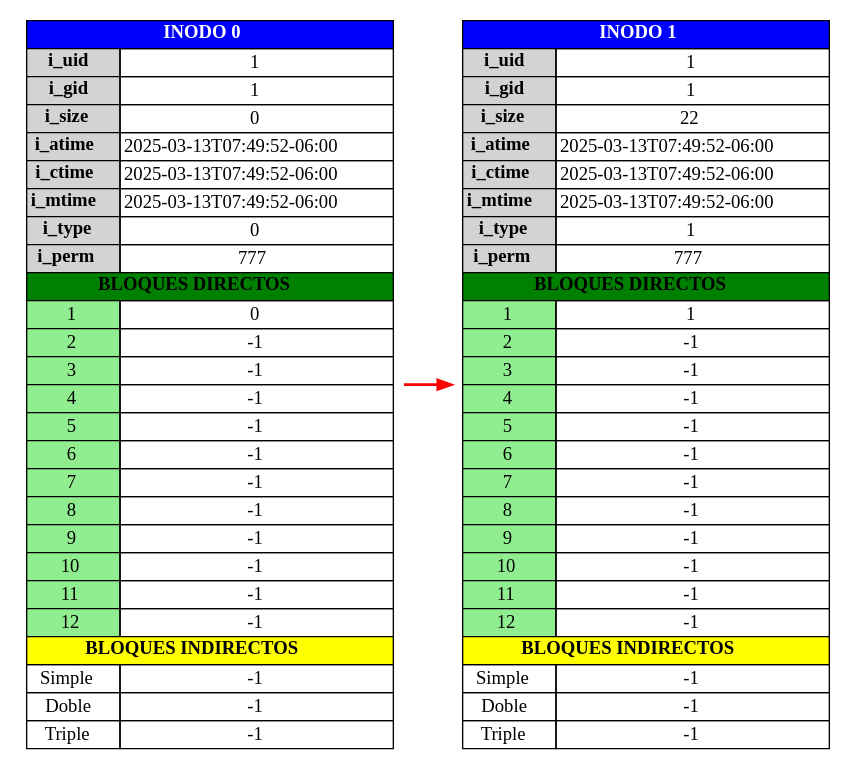
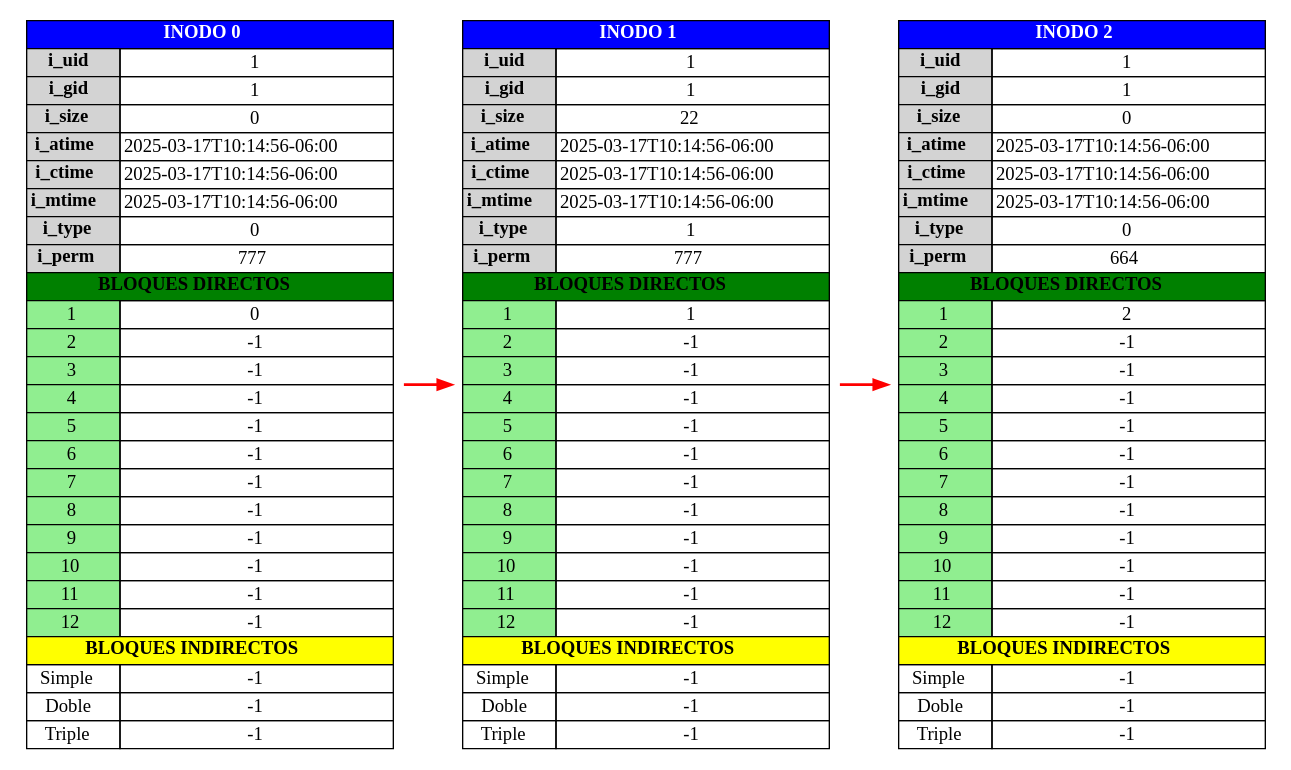
One commit to AbdielOtzoy/MIA_1S2025_P1_202300350 changed the diagram in backend/output/report_inode.dot. Above: the diagram before and after it, drawn with Graphviz. The commit also changed 22 other files, not shown here.

```diff
--- a/backend/output/report_inode.dot
+++ b/backend/output/report_inode.dot
@@ -1,41 +1,60 @@
 digraph G {
         rankdir=LR; // Alineación horizontal
         node [shape=plaintext]
     inode0 [label=<
             <table border="0" cellborder="1" cellspacing="0">
                 <tr><td colspan="2" bgcolor="blue"><font color="white"><b>INODO 0</b></font></td></tr>
                 <tr><td bgcolor="lightgray"><b>i_uid</b></td><td>1</td></tr>
                 <tr><td bgcolor="lightgray"><b>i_gid</b></td><td>1</td></tr>
                 <tr><td bgcolor="lightgray"><b>i_size</b></td><td>0</td></tr>
-                <tr><td bgcolor="lightgray"><b>i_atime</b></td><td>2025-03-13T07:49:52-06:00</td></tr>
-                <tr><td bgcolor="lightgray"><b>i_ctime</b></td><td>2025-03-13T07:49:52-06:00</td></tr>
-                <tr><td bgcolor="lightgray"><b>i_mtime</b></td><td>2025-03-13T07:49:52-06:00</td></tr>
+                <tr><td bgcolor="lightgray"><b>i_atime</b></td><td>2025-03-17T10:14:56-06:00</td></tr>
+                <tr><td bgcolor="lightgray"><b>i_ctime</b></td><td>2025-03-17T10:14:56-06:00</td></tr>
+                <tr><td bgcolor="lightgray"><b>i_mtime</b></td><td>2025-03-17T10:14:56-06:00</td></tr>
                 <tr><td bgcolor="lightgray"><b>i_type</b></td><td>0</td></tr>
                 <tr><td bgcolor="lightgray"><b>i_perm</b></td><td>777</td></tr>
                 <tr><td colspan="2" bgcolor="green"><b>BLOQUES DIRECTOS</b></td></tr>
             <tr><td bgcolor='lightgreen'>1</td><td>0</td></tr><tr><td bgcolor='lightgreen'>2</td><td>-1</td></tr><tr><td bgcolor='lightgreen'>3</td><td>-1</td></tr><tr><td bgcolor='lightgreen'>4</td><td>-1</td></tr><tr><td bgcolor='lightgreen'>5</td><td>-1</td></tr><tr><td bgcolor='lightgreen'>6</td><td>-1</td></tr><tr><td bgcolor='lightgreen'>7</td><td>-1</td></tr><tr><td bgcolor='lightgreen'>8</td><td>-1</td></tr><tr><td bgcolor='lightgreen'>9</td><td>-1</td></tr><tr><td bgcolor='lightgreen'>10</td><td>-1</td></tr><tr><td bgcolor='lightgreen'>11</td><td>-1</td></tr><tr><td bgcolor='lightgreen'>12</td><td>-1</td></tr>
                 <tr><td colspan="2" bgcolor="yellow"><b>BLOQUES INDIRECTOS</b></td></tr>
                 <tr><td>Simple</td><td>-1</td></tr>
                 <tr><td>Doble</td><td>-1</td></tr>
                 <tr><td>Triple</td><td>-1</td></tr>
             </table>>];
         inode0 -> inode1 [color=red, penwidth=2];
 inode1 [label=<
             <table border="0" cellborder="1" cellspacing="0">
                 <tr><td colspan="2" bgcolor="blue"><font color="white"><b>INODO 1</b></font></td></tr>
                 <tr><td bgcolor="lightgray"><b>i_uid</b></td><td>1</td></tr>
                 <tr><td bgcolor="lightgray"><b>i_gid</b></td><td>1</td></tr>
                 <tr><td bgcolor="lightgray"><b>i_size</b></td><td>22</td></tr>
-                <tr><td bgcolor="lightgray"><b>i_atime</b></td><td>2025-03-13T07:49:52-06:00</td></tr>
-                <tr><td bgcolor="lightgray"><b>i_ctime</b></td><td>2025-03-13T07:49:52-06:00</td></tr>
-                <tr><td bgcolor="lightgray"><b>i_mtime</b></td><td>2025-03-13T07:49:52-06:00</td></tr>
+                <tr><td bgcolor="lightgray"><b>i_atime</b></td><td>2025-03-17T10:14:56-06:00</td></tr>
+                <tr><td bgcolor="lightgray"><b>i_ctime</b></td><td>2025-03-17T10:14:56-06:00</td></tr>
+                <tr><td bgcolor="lightgray"><b>i_mtime</b></td><td>2025-03-17T10:14:56-06:00</td></tr>
                 <tr><td bgcolor="lightgray"><b>i_type</b></td><td>1</td></tr>
                 <tr><td bgcolor="lightgray"><b>i_perm</b></td><td>777</td></tr>
                 <tr><td colspan="2" bgcolor="green"><b>BLOQUES DIRECTOS</b></td></tr>
             <tr><td bgcolor='lightgreen'>1</td><td>1</td></tr><tr><td bgcolor='lightgreen'>2</td><td>-1</td></tr><tr><td bgcolor='lightgreen'>3</td><td>-1</td></tr><tr><td bgcolor='lightgreen'>4</td><td>-1</td></tr><tr><td bgcolor='lightgreen'>5</td><td>-1</td></tr><tr><td bgcolor='lightgreen'>6</td><td>-1</td></tr><tr><td bgcolor='lightgreen'>7</td><td>-1</td></tr><tr><td bgcolor='lightgreen'>8</td><td>-1</td></tr><tr><td bgcolor='lightgreen'>9</td><td>-1</td></tr><tr><td bgcolor='lightgreen'>10</td><td>-1</td></tr><tr><td bgcolor='lightgreen'>11</td><td>-1</td></tr><tr><td bgcolor='lightgreen'>12</td><td>-1</td></tr>
                 <tr><td colspan="2" bgcolor="yellow"><b>BLOQUES INDIRECTOS</b></td></tr>
                 <tr><td>Simple</td><td>-1</td></tr>
                 <tr><td>Doble</td><td>-1</td></tr>
                 <tr><td>Triple</td><td>-1</td></tr>
             </table>>];
+        inode1 -> inode2 [color=red, penwidth=2];
+inode2 [label=<
+            <table border="0" cellborder="1" cellspacing="0">
+                <tr><td colspan="2" bgcolor="blue"><font color="white"><b>INODO 2</b></font></td></tr>
+                <tr><td bgcolor="lightgray"><b>i_uid</b></td><td>1</td></tr>
+                <tr><td bgcolor="lightgray"><b>i_gid</b></td><td>1</td></tr>
+                <tr><td bgcolor="lightgray"><b>i_size</b></td><td>0</td></tr>
+                <tr><td bgcolor="lightgray"><b>i_atime</b></td><td>2025-03-17T10:14:56-06:00</td></tr>
+                <tr><td bgcolor="lightgray"><b>i_ctime</b></td><td>2025-03-17T10:14:56-06:00</td></tr>
+                <tr><td bgcolor="lightgray"><b>i_mtime</b></td><td>2025-03-17T10:14:56-06:00</td></tr>
+                <tr><td bgcolor="lightgray"><b>i_type</b></td><td>0</td></tr>
+                <tr><td bgcolor="lightgray"><b>i_perm</b></td><td>664</td></tr>
+                <tr><td colspan="2" bgcolor="green"><b>BLOQUES DIRECTOS</b></td></tr>
+            <tr><td bgcolor='lightgreen'>1</td><td>2</td></tr><tr><td bgcolor='lightgreen'>2</td><td>-1</td></tr><tr><td bgcolor='lightgreen'>3</td><td>-1</td></tr><tr><td bgcolor='lightgreen'>4</td><td>-1</td></tr><tr><td bgcolor='lightgreen'>5</td><td>-1</td></tr><tr><td bgcolor='lightgreen'>6</td><td>-1</td></tr><tr><td bgcolor='lightgreen'>7</td><td>-1</td></tr><tr><td bgcolor='lightgreen'>8</td><td>-1</td></tr><tr><td bgcolor='lightgreen'>9</td><td>-1</td></tr><tr><td bgcolor='lightgreen'>10</td><td>-1</td></tr><tr><td bgcolor='lightgreen'>11</td><td>-1</td></tr><tr><td bgcolor='lightgreen'>12</td><td>-1</td></tr>
+                <tr><td colspan="2" bgcolor="yellow"><b>BLOQUES INDIRECTOS</b></td></tr>
+                <tr><td>Simple</td><td>-1</td></tr>
+                <tr><td>Doble</td><td>-1</td></tr>
+                <tr><td>Triple</td><td>-1</td></tr>
+            </table>>];
         }
```
